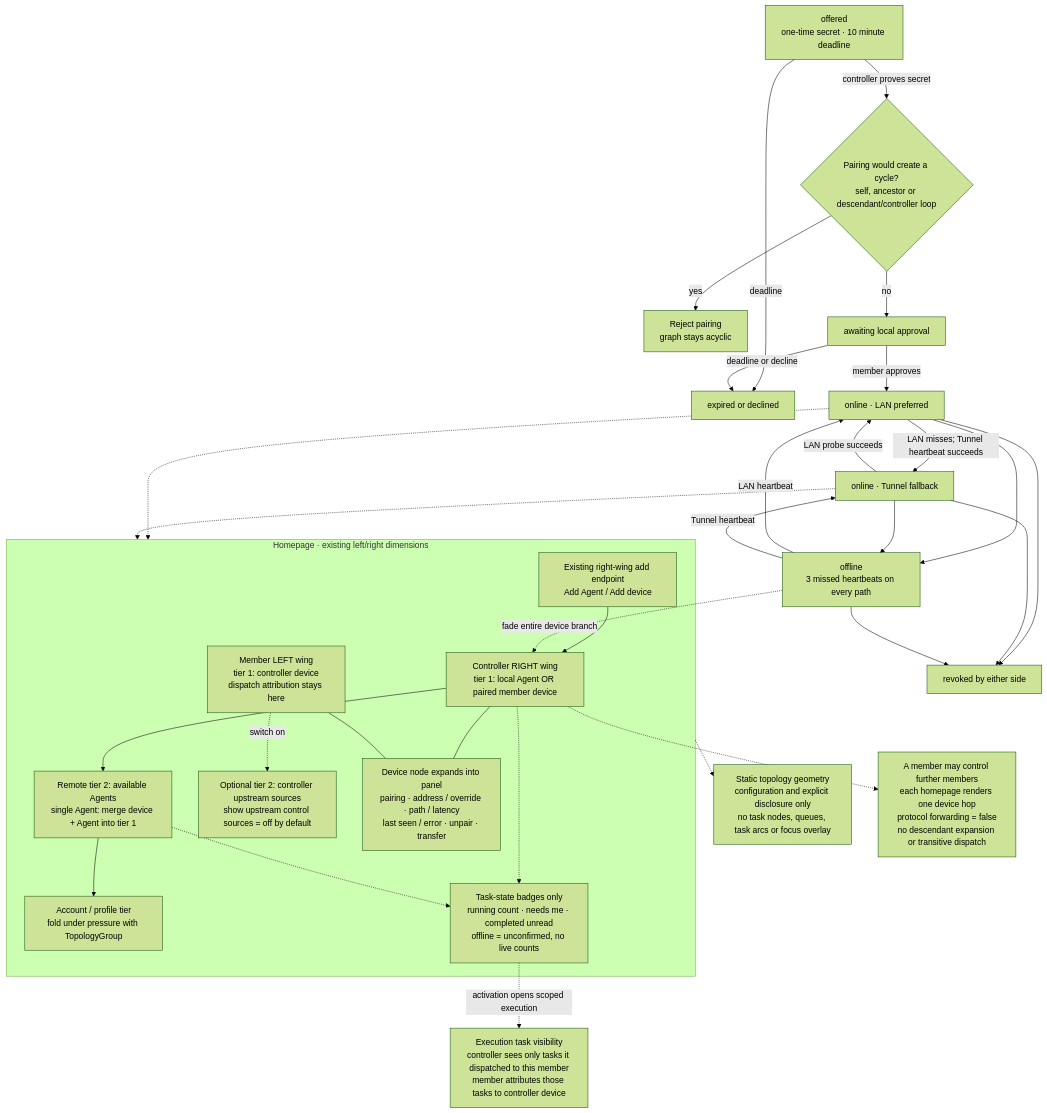
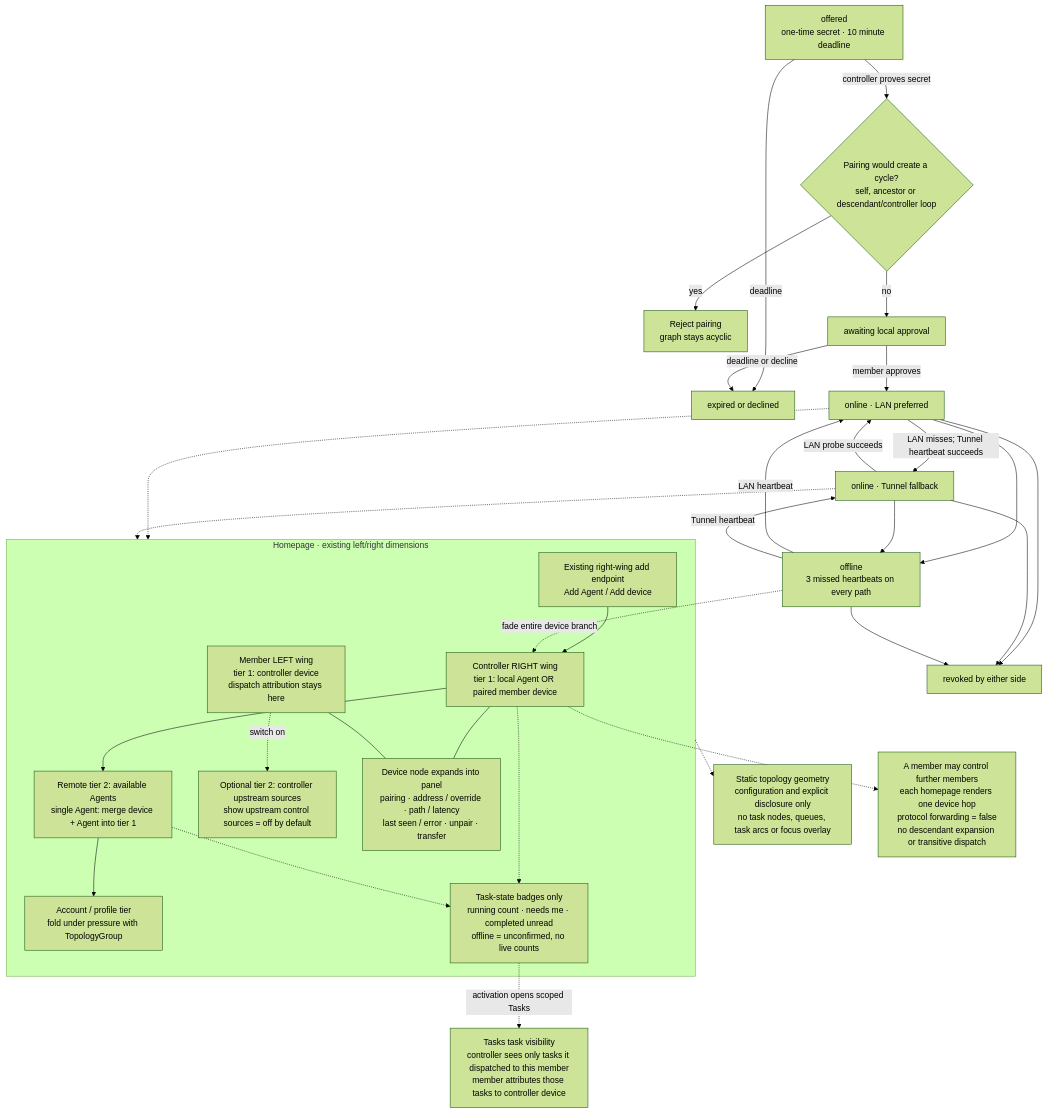
The diagram in arch/mechanisms/device-link.mmd (whzxc/agent-remote-control), drawn with Mermaid (forest theme) before and after one commit. The commit also changed 19 other files, not shown here.

Commit message:
docs(design): rename Tasks mode and propose node task pills

```diff
--- a/arch/mechanisms/device-link.mmd
+++ b/arch/mechanisms/device-link.mmd
@@ -1,57 +1,57 @@
 %% Device link (layer 2): pairing guard and one-hop homepage projections.
 %% Index and code mapping: docs/dev/arch-assets.md
 flowchart TB
   offer["offered<br/>one-time secret · 10 minute deadline"]
   guard{"Pairing would create a cycle?<br/>self, ancestor or descendant/controller loop"}
   reject["Reject pairing<br/>graph stays acyclic"]
   pending["awaiting local approval"]
   expired["expired or declined"]
   lan["online · LAN preferred"]
   tunnel["online · Tunnel fallback"]
   offline["offline<br/>3 missed heartbeats on every path"]
   revoked["revoked by either side"]
   offer -->|"controller proves secret"| guard
   guard -->|"yes"| reject
   guard -->|"no"| pending
   offer -->|"deadline"| expired
   pending -->|"deadline or decline"| expired
   pending -->|"member approves"| lan
   lan -->|"LAN misses; Tunnel heartbeat succeeds"| tunnel
   tunnel -->|"LAN probe succeeds"| lan
   lan --> offline
   tunnel --> offline
   offline -->|"LAN heartbeat"| lan
   offline -->|"Tunnel heartbeat"| tunnel
   lan --> revoked
   tunnel --> revoked
   offline --> revoked
   subgraph VIEW["Homepage · existing left/right dimensions"]
     right["Controller RIGHT wing<br/>tier 1: local Agent OR paired member device"]
     agent["Remote tier 2: available Agents<br/>single Agent: merge device + Agent into tier 1"]
     account["Account / profile tier<br/>fold under pressure with TopologyGroup"]
     badges["Task-state badges only<br/>running count · needs me · completed unread<br/>offline = unconfirmed, no live counts"]
     left["Member LEFT wing<br/>tier 1: controller device<br/>dispatch attribution stays here"]
     upstream["Optional tier 2: controller upstream sources<br/>show upstream control sources = off by default"]
     management["Device node expands into panel<br/>pairing · address / override · path / latency<br/>last seen / error · unpair · transfer"]
     add["Existing right-wing add endpoint<br/>Add Agent / Add device"]
     right --> agent --> account
     right -.-> badges
     agent -.-> badges
     left -.->|"switch on"| upstream
     right --- management
     left --- management
     add --> right
   end
   geometry["Static topology geometry<br/>configuration and explicit disclosure only<br/>no task nodes, queues, task arcs or focus overlay"]
-  visibility["Execution task visibility<br/>controller sees only tasks it dispatched to this member<br/>member attributes those tasks to controller device"]
+  visibility["Tasks task visibility<br/>controller sees only tasks it dispatched to this member<br/>member attributes those tasks to controller device"]
   VIEW -.-> geometry
-  badges -.->|"activation opens scoped execution"| visibility
+  badges -.->|"activation opens scoped Tasks"| visibility
   lan -.-> VIEW
   tunnel -.-> VIEW
   offline -.->|"fade entire device branch"| right
   nesting["A member may control further members<br/>each homepage renders one device hop<br/>protocol forwarding = false<br/>no descendant expansion or transitive dispatch"]
   right -.-> nesting
   class offer,pending waiting
   class lan,tunnel done
   class offline,expired,revoked,reject stopped
   class right,agent,account,badges,geometry,visibility,left,upstream,management,add,nesting experimental
```
